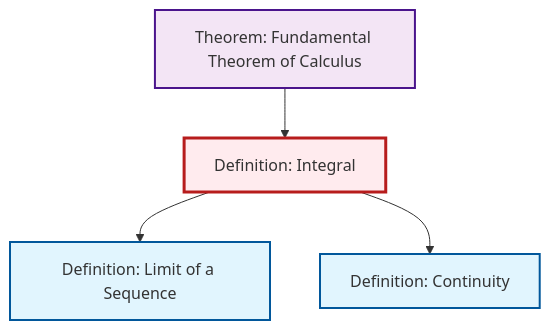
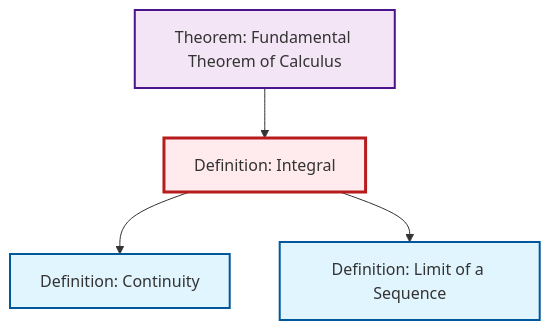
One commit to RK0429/ModernMath changed the diagram in content/ja/analysis/def-integral.qmd. Above: the diagram before and after it, drawn with Mermaid. The commit also changed other lines of this file and 554 other files, not shown here.

````diff
--- a/content/ja/analysis/def-integral.qmd
+++ b/content/ja/analysis/def-integral.qmd
@@ -82,20 +82,20 @@
 ```{mermaid}
 %%| fig-cap: "Local dependency graph"
 graph TD
     classDef definition fill:#e1f5fe,stroke:#01579b,stroke-width:2px
     classDef theorem fill:#f3e5f5,stroke:#4a148c,stroke-width:2px
     classDef axiom fill:#fff3e0,stroke:#e65100,stroke-width:2px
     classDef example fill:#e8f5e9,stroke:#1b5e20,stroke-width:2px
     classDef current fill:#ffebee,stroke:#b71c1c,stroke-width:3px
     def-limit["Definition: Limit of a Sequence"]:::definition
     def-continuity["Definition: Continuity"]:::definition
+    thm-fundamental-calculus["Theorem: Fundamental Theorem of Calculus"]:::theorem
     def-integral["Definition: Integral"]:::definition
-    thm-fundamental-calculus["Theorem: Fundamental Theorem of Calculus"]:::theorem
+    def-integral --> def-continuity
     def-integral --> def-limit
     thm-fundamental-calculus --> def-integral
-    def-integral --> def-continuity
     class def-integral current
     click def-limit "def-limit.html" "Definition: Limit of a Sequenceへ"
     click def-continuity "def-continuity.html" "Definition: Continuityへ"
     click thm-fundamental-calculus "thm-fundamental-calculus.html" "Theorem: Fundamental Theorem of Calculusへ"
 ```
````
